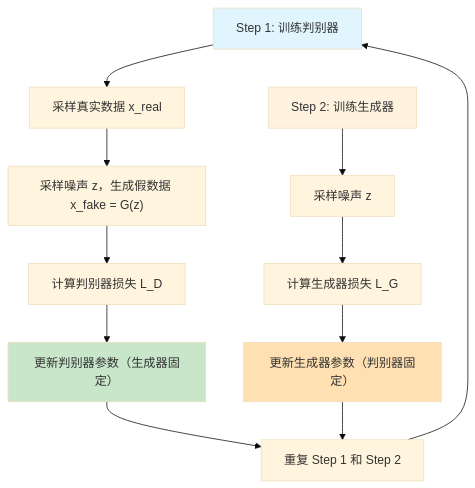
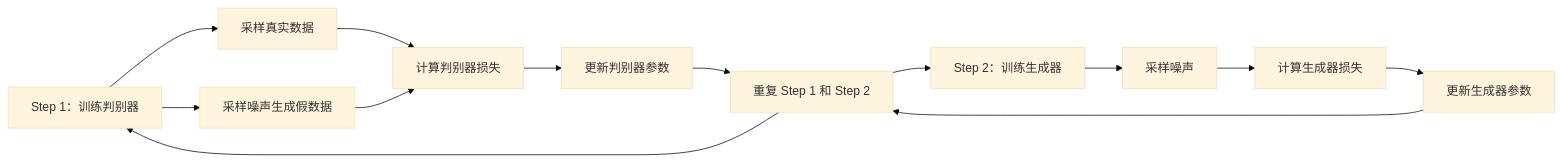
One commit to fenixsoft/dmla changed the third of 3 diagrams in docs/deep-learning/generative-models/gan.md. Above: the diagram before and after it, drawn with Mermaid (base theme). The commit also changed other lines of this file and 20 other files, not shown here.

````diff
--- a/docs/deep-learning/generative-models/gan.md
+++ b/docs/deep-learning/generative-models/gan.md
@@ -141,20 +81,17 @@
-```mermaid
-graph TB
-    A["Step 1: 训练判别器"] --> B["采样真实数据 x_real"]
-    B --> C["采样噪声 z，生成假数据 x_fake = G(z)"]
-    C --> D["计算判别器损失 L_D"]
-    D --> E["更新判别器参数（生成器固定）"]
+```mermaid compact
+graph LR
+    A["Step 1：训练判别器"] --> B["采样真实数据"]
+    A --> C["采样噪声生成假数据"]
+    B --> D["计算判别器损失"]
+    C --> D
+    D --> E["更新判别器参数"]
     
-    F["Step 2: 训练生成器"] --> G["采样噪声 z"]
-    G --> H["计算生成器损失 L_G"]
-    H --> I["更新生成器参数（判别器固定）"]
+    F["Step 2：训练生成器"] --> G["采样噪声"]
+    G --> H["计算生成器损失"]
+    H --> I["更新生成器参数"]
     
     E --> J["重复 Step 1 和 Step 2"]
     I --> J
     J --> A
-    
-    style A fill:#e1f5fe
-    style F fill:#fff3e0
-    style E fill:#c8e6c9
-    style I fill:#ffe0b2
+    J --> F
 ```
````
